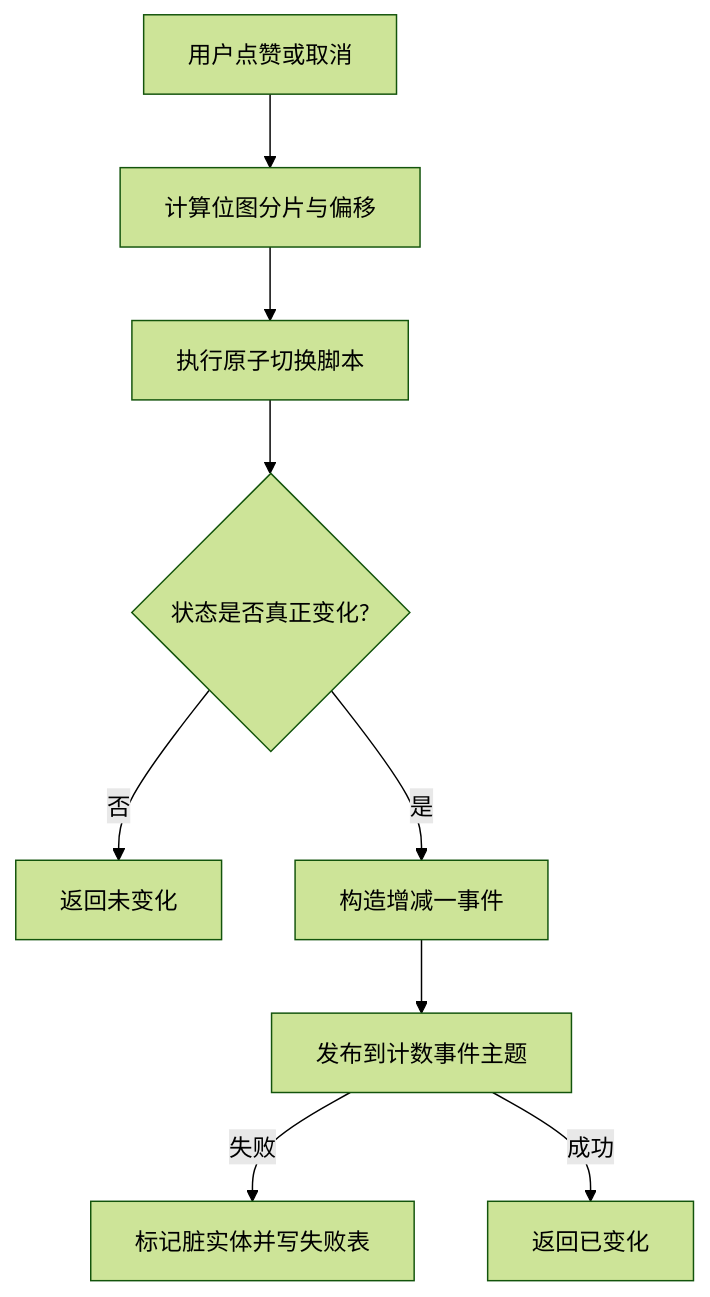
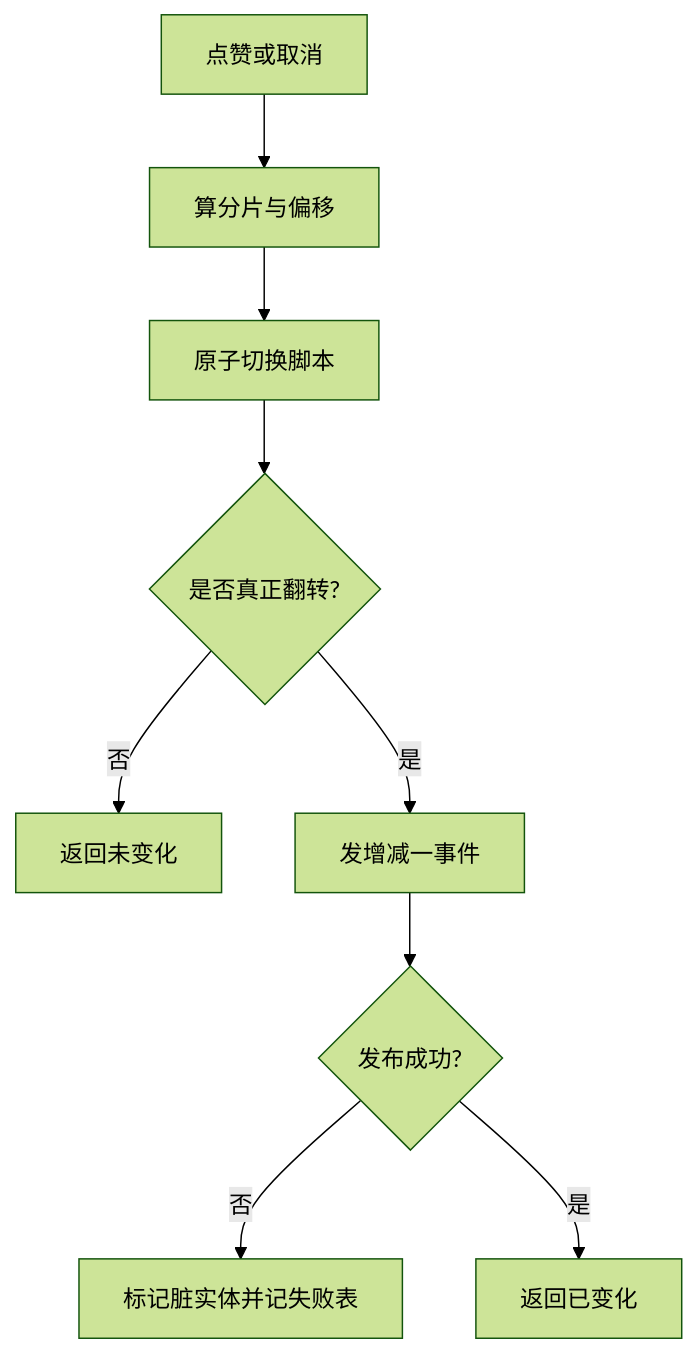
One commit to bitladykiller/zhiguang_go changed the first of 4 diagrams in docs/modules/05-点赞收藏计数模块.md. Above: the diagram before and after it, drawn with Mermaid (forest theme). The commit also changed other lines of this file and 13 other files, not shown here.

````diff
--- a/docs/modules/05-点赞收藏计数模块.md
+++ b/docs/modules/05-点赞收藏计数模块.md
@@ -485,11 +55,11 @@
 ```mermaid
 flowchart TD
-    A[用户点赞或取消] --> B[计算位图分片与偏移]
-    B --> C[执行原子切换脚本]
-    C --> D{状态是否真正变化?}
+    A[点赞或取消] --> B[算分片与偏移]
+    B --> C[原子切换脚本]
+    C --> D{是否真正翻转?}
     D -->|否| E[返回未变化]
-    D -->|是| F[构造增减一事件]
-    F --> G[发布到计数事件主题]
-    G -->|失败| H[标记脏实体并写失败表]
-    G -->|成功| I[返回已变化]
+    D -->|是| F[发增减一事件]
+    F --> G{发布成功?}
+    G -->|否| H[标记脏实体并记失败表]
+    G -->|是| I[返回已变化]
 ```
````
